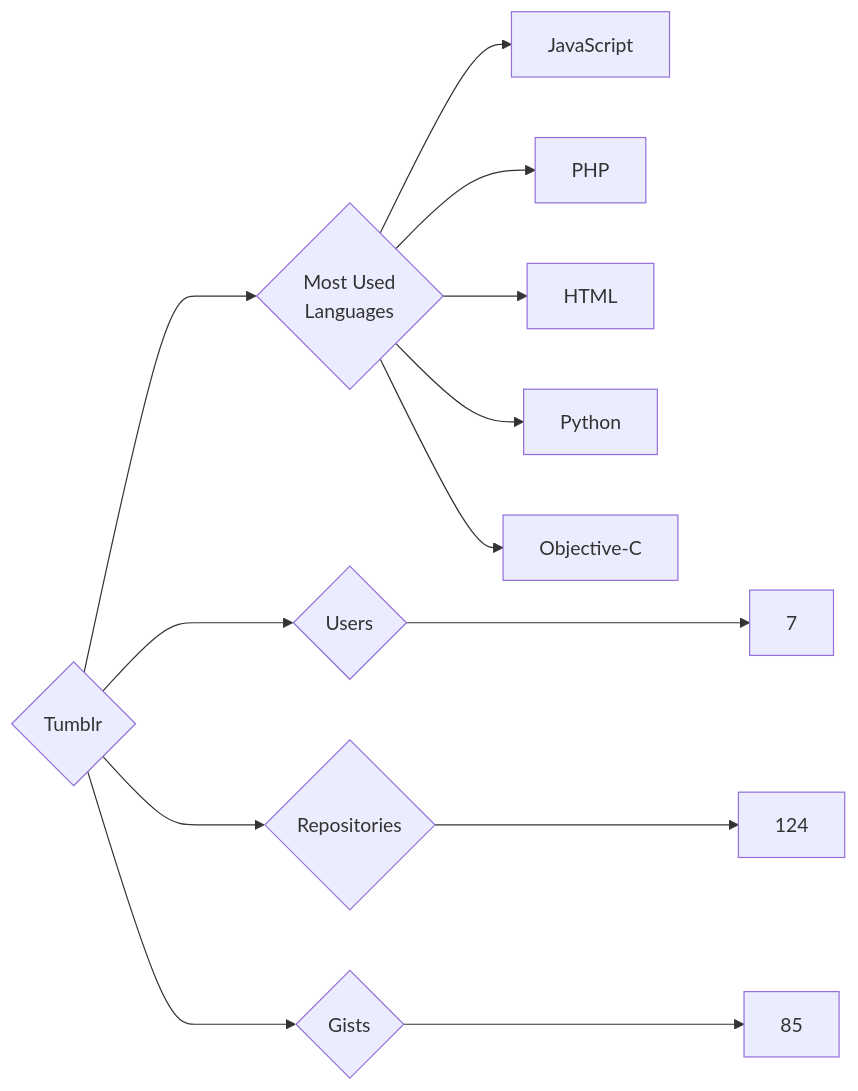
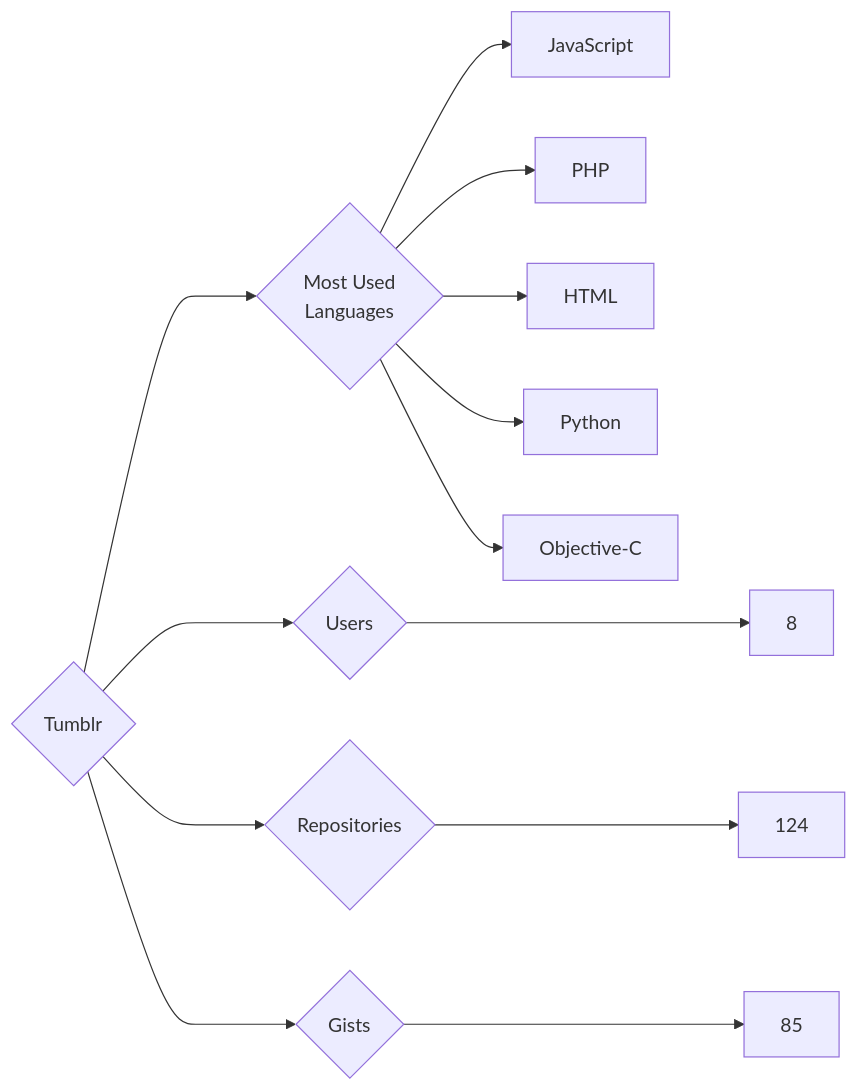
One commit to trickest/insiders changed the diagram in targets/Tumblr/README.md. Above: the diagram before and after it, drawn with Mermaid. The commit also changed 955 other files, not shown here.

````diff
--- a/targets/Tumblr/README.md
+++ b/targets/Tumblr/README.md
@@ -3,13 +3,13 @@
 ```mermaid
 graph LR
 COMPANY_NAME{Tumblr}
-COMPANY_NAME ---> U{Users} ---> UN[7]
+COMPANY_NAME ---> U{Users} ---> UN[8]
 COMPANY_NAME ---> R{Repositories} ---> RN[124]
 COMPANY_NAME ---> G{Gists} ---> GN[85]
 COMPANY_NAME ---> ML{Most Used<br>Languages}
 ML --> JavaScript[JavaScript]
 ML --> PHP[PHP]
 ML --> HTML[HTML]
 ML --> Python[Python]
 ML --> Objective-C[Objective-C]
 ```
````
